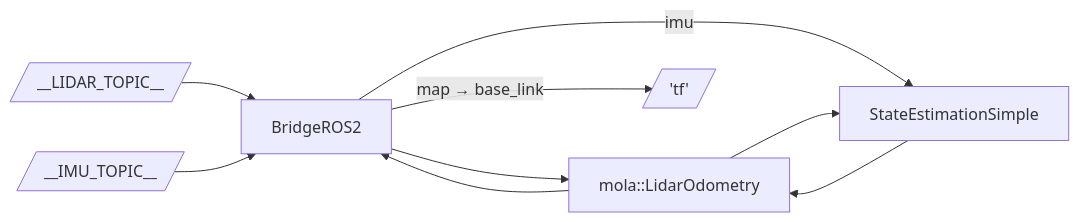
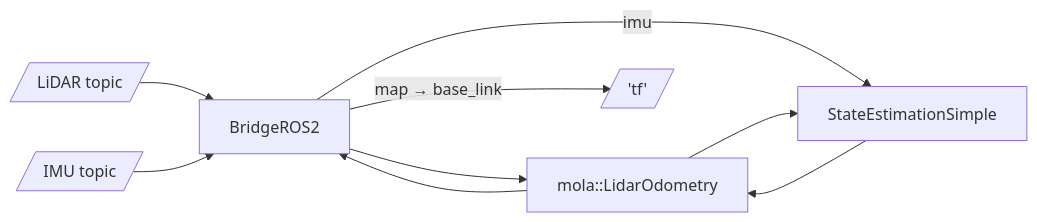
The fifth of 11 diagrams in docs/source/mola_ros2_configurations.rst (ros2-gbp/mola-release), drawn with Mermaid before and after one commit. The commit also changed other lines of this file and 119 other files, not shown here.

```diff
--- a/docs/source/mola_ros2_configurations.rst
+++ b/docs/source/mola_ros2_configurations.rst
@@ -288,11 +319,11 @@
    .. mermaid::
 
       flowchart LR
-        lidar[/"__LIDAR_TOPIC__"/] --> bridge[BridgeROS2]
-        imu[/"__IMU_TOPIC__"/] --> bridge
+        lidar[/"LiDAR topic"/] --> bridge[BridgeROS2]
+        imu[/"IMU topic"/] --> bridge
         bridge --> lo[mola::LidarOdometry]
         bridge -->|imu| se[StateEstimationSimple]
         lo --> se
         lo --> bridge
         se --> lo
         bridge -->|map → base_link| tfout[/'tf'/]
```
